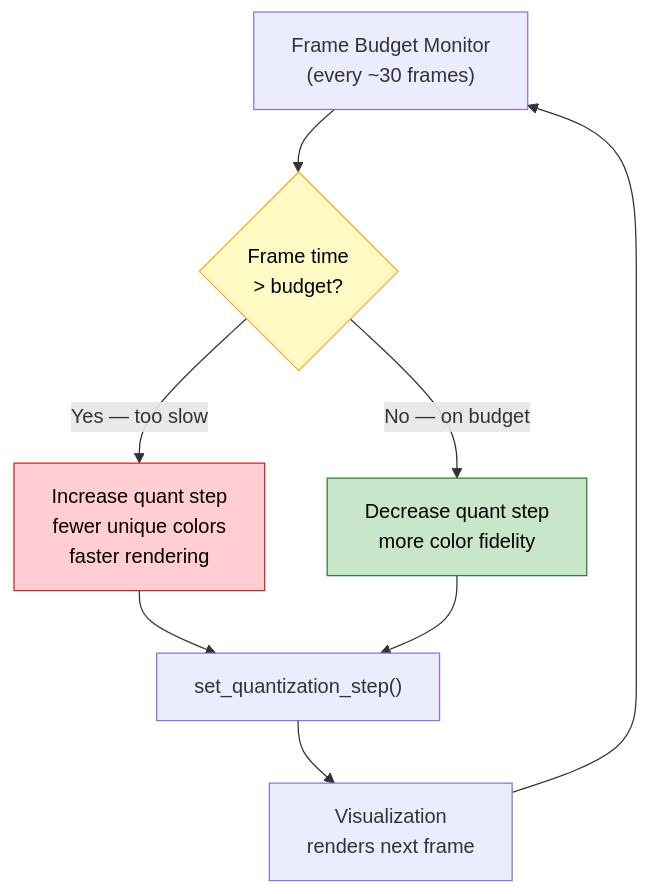
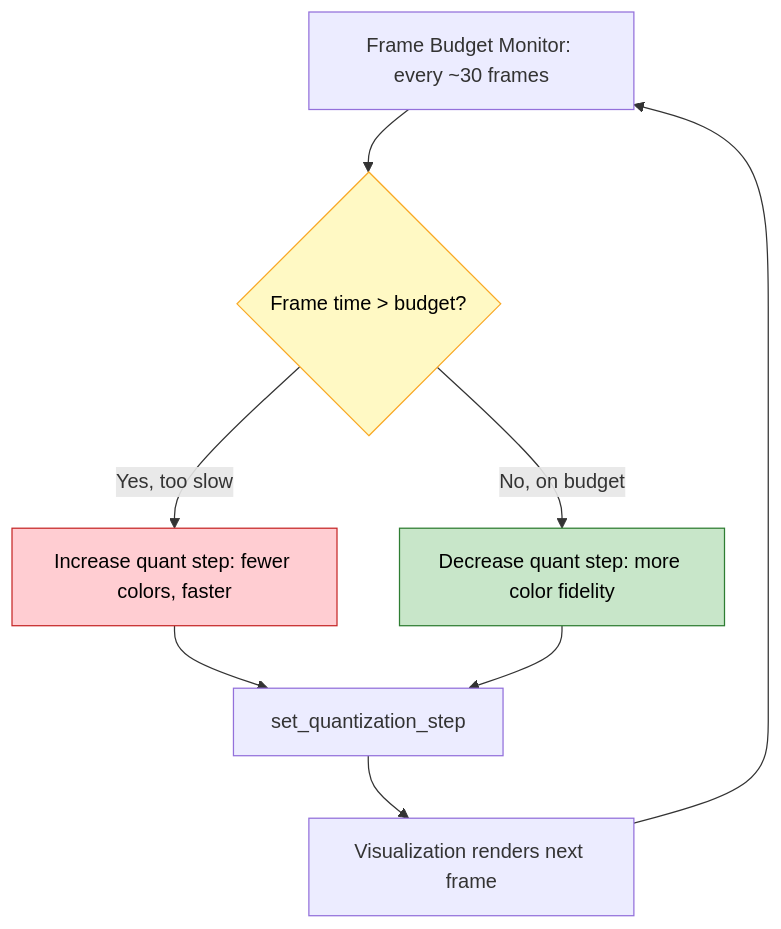
One commit to joelmgallant/terminal-vibes changed the third of 3 diagrams in README.md. Above: the diagram before and after it, drawn with Mermaid. The commit also changed other lines of this file, not shown here.

First line of the commit message:
docs: fix Mermaid diagram text cutoff in Safari

````diff
--- a/README.md
+++ b/README.md
@@ -343,14 +343,14 @@
 ```mermaid
 flowchart TD
-    FB["Frame Budget Monitor<br/>(every ~30 frames)"] --> Check{"Frame time<br/>> budget?"}
-    Check -->|"Yes — too slow"| Coarsen["Increase quant step<br/>fewer unique colors<br/>faster rendering"]
-    Check -->|"No — on budget"| Fine["Decrease quant step<br/>more color fidelity"]
-    Coarsen --> SQ["set_quantization_step()"]
+    FB["Frame Budget Monitor: every ~30 frames"] --> Check{"Frame time > budget?"}
+    Check -->|"Yes, too slow"| Coarsen["Increase quant step: fewer colors, faster"]
+    Check -->|"No, on budget"| Fine["Decrease quant step: more color fidelity"]
+    Coarsen --> SQ["set_quantization_step"]
     Fine --> SQ
-    SQ --> V["Visualization<br/>renders next frame"]
+    SQ --> V["Visualization renders next frame"]
     V --> FB
 
     style Check fill:#fff9c4,stroke:#f9a825,color:#000
     style Coarsen fill:#ffcdd2,stroke:#c62828,color:#000
     style Fine fill:#c8e6c9,stroke:#2e7d32,color:#000
 ```
````
